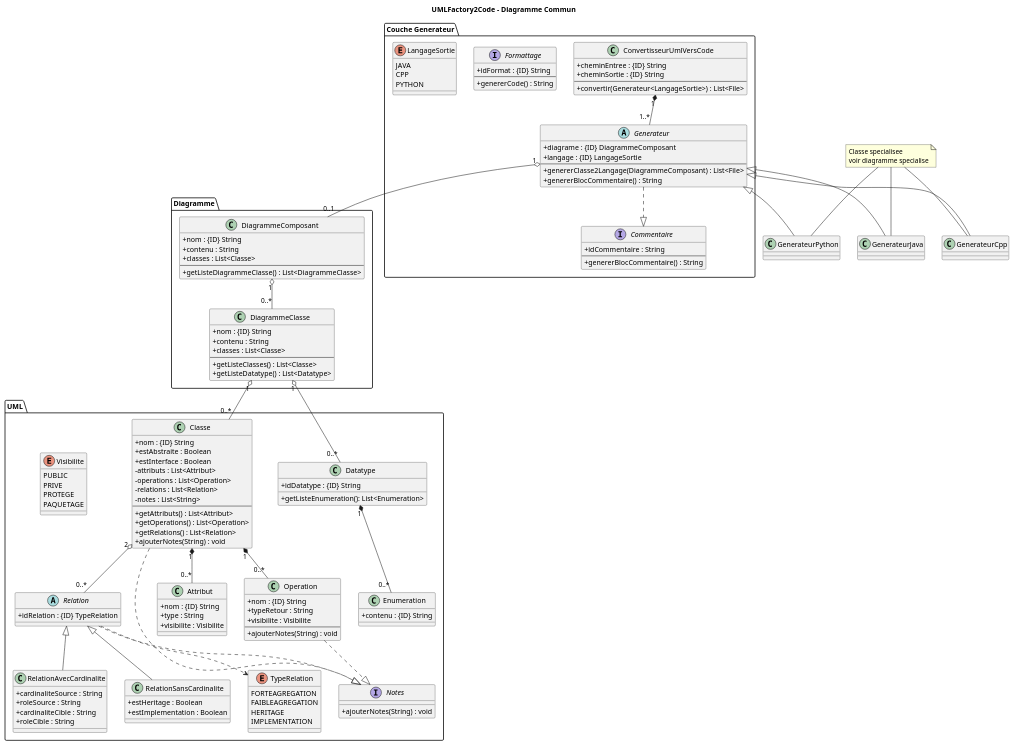
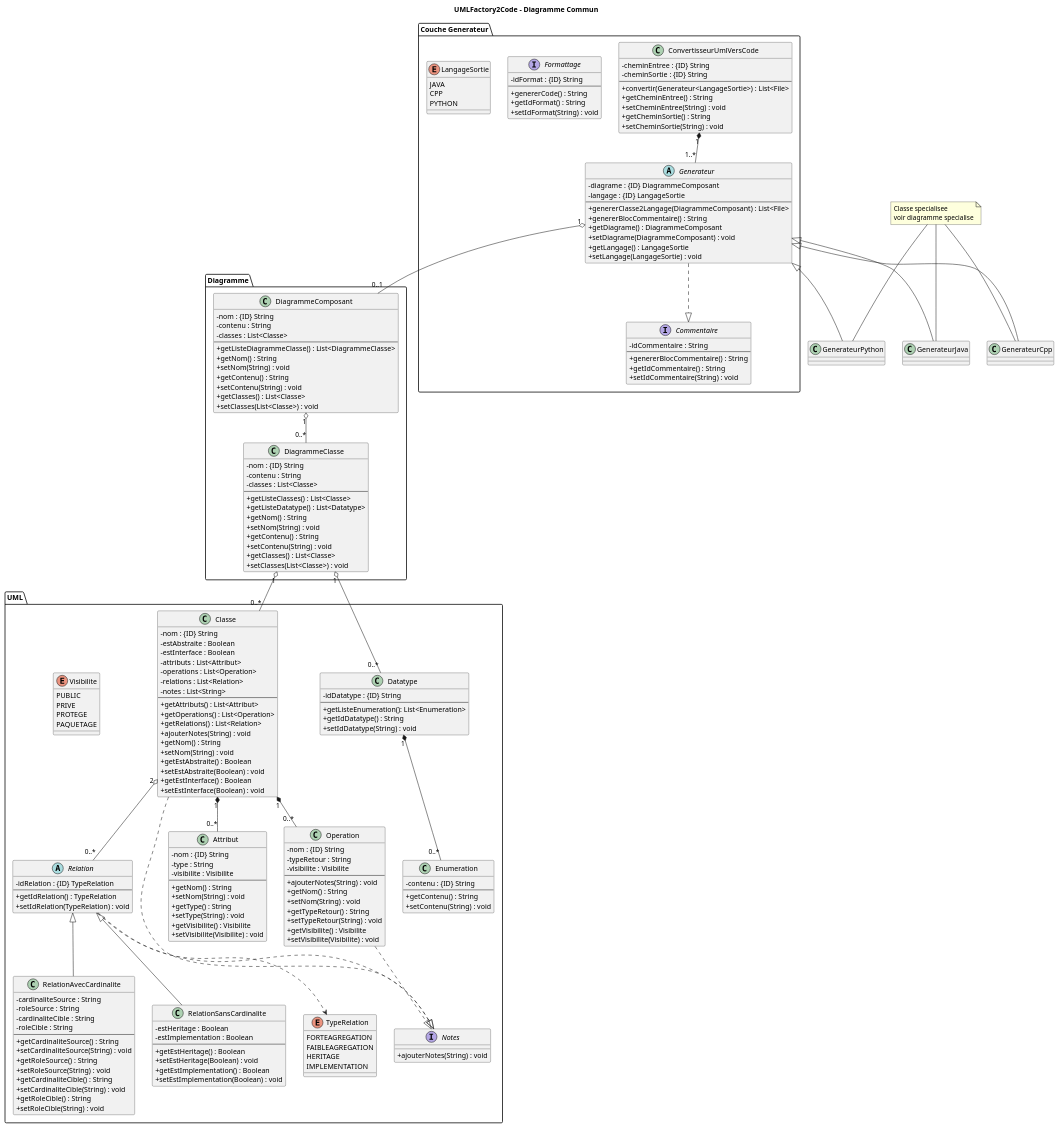
Before and after one commit to RasdaCorentin/PlantUML2Code: the diagram in doc/fichier_puml/diagramme_commun.puml, drawn with PlantUML. The commit also changed 4 other files, not shown here.

```diff
--- a/doc/fichier_puml/diagramme_commun.puml
+++ b/doc/fichier_puml/diagramme_commun.puml
@@ -5,25 +5,35 @@
 package "Couche Generateur" {
 
   class ConvertisseurUmlVersCode {
-    +cheminEntree : {ID} String
-    +cheminSortie : {ID} String
+    -cheminEntree : {ID} String
+    -cheminSortie : {ID} String
     ---
     +convertir(Generateur<LangageSortie>) : List<File>
+    +getCheminEntree() : String
+    +setCheminEntree(String) : void
+    +getCheminSortie() : String
+    +setCheminSortie(String) : void
   }
 
   abstract class Generateur {
-    +diagrame : {ID} DiagrammeComposant
-    +langage : {ID} LangageSortie
+    -diagrame : {ID} DiagrammeComposant
+    -langage : {ID} LangageSortie
     ---
     +genererClasse2Langage(DiagrammeComposant) : List<File>
     +genererBlocCommentaire() : String
+    +getDiagrame() : DiagrammeComposant
+    +setDiagrame(DiagrammeComposant) : void
+    +getLangage() : LangageSortie
+    +setLangage(LangageSortie) : void
   }
 
   ' --- Interface Formattage ---
   interface Formattage {
-    +idFormat : {ID} String
+    -idFormat : {ID} String
     ---
     +genererCode() : String
+    +getIdFormat() : String
+    +setIdFormat(String) : void
   }
 
   enum LangageSortie {
@@ -33,9 +43,11 @@
   }
 
   interface Commentaire {
-    +idCommentaire : String
+    -idCommentaire : String
     ---
     +genererBlocCommentaire() : String
+    +getIdCommentaire() : String
+    +setIdCommentaire(String) : void
   }
 
   Generateur ..|> Commentaire
@@ -44,27 +56,40 @@
 
 package "Diagramme"{
   class DiagrammeComposant{
-    +nom : {ID} String
-    +contenu : String
-    +classes : List<Classe>
+    -nom : {ID} String
+    -contenu : String
+    -classes : List<Classe>
     ---
     +getListeDiagrammeClasse() : List<DiagrammeClasse>
+    +getNom() : String
+    +setNom(String) : void
+    +getContenu() : String
+    +setContenu(String) : void
+    +getClasses() : List<Classe>
+    +setClasses(List<Classe>) : void
   }
+  
   class DiagrammeClasse {
-    +nom : {ID} String
-    +contenu : String
-    +classes : List<Classe>
+    -nom : {ID} String
+    -contenu : String
+    -classes : List<Classe>
     ---
     +getListeClasses() : List<Classe>
     +getListeDatatype() : List<Datatype>
+    +getNom() : String
+    +setNom(String) : void
+    +getContenu() : String
+    +setContenu(String) : void
+    +getClasses() : List<Classe>
+    +setClasses(List<Classe>) : void
   }
 }
 
 package "UML" {
   class "Classe" as UMLClasse {
-    +nom : {ID} String
-    +estAbstraite : Boolean
-    +estInterface : Boolean
+    -nom : {ID} String
+    -estAbstraite : Boolean
+    -estInterface : Boolean
     -attributs : List<Attribut>
     -operations : List<Operation>
     -relations : List<Relation>
@@ -74,45 +99,87 @@
     +getOperations() : List<Operation>
     +getRelations() : List<Relation>
     +ajouterNotes(String) : void
+    +getNom() : String
+    +setNom(String) : void
+    +getEstAbstraite() : Boolean
+    +setEstAbstraite(Boolean) : void
+    +getEstInterface() : Boolean
+    +setEstInterface(Boolean) : void
   }
 
   class Attribut {
-    +nom : {ID} String
-    +type : String
-    +visibilite : Visibilite
+    -nom : {ID} String
+    -type : String
+    -visibilite : Visibilite
+    ---
+    +getNom() : String
+    +setNom(String) : void
+    +getType() : String
+    +setType(String) : void
+    +getVisibilite() : Visibilite
+    +setVisibilite(Visibilite) : void
   }
 
   class Operation {
-    +nom : {ID} String
-    +typeRetour : String
-    +visibilite : Visibilite
+    -nom : {ID} String
+    -typeRetour : String
+    -visibilite : Visibilite
     ---
     +ajouterNotes(String) : void
+    +getNom() : String
+    +setNom(String) : void
+    +getTypeRetour() : String
+    +setTypeRetour(String) : void
+    +getVisibilite() : Visibilite
+    +setVisibilite(Visibilite) : void
   }
 
   abstract class Relation {
-    +idRelation : {ID} TypeRelation
+    -idRelation : {ID} TypeRelation
+    ---
+    +getIdRelation() : TypeRelation
+    +setIdRelation(TypeRelation) : void
   }
 
   class RelationAvecCardinalite {
-    +cardinaliteSource : String
-    +roleSource : String
-    +cardinaliteCible : String
-    +roleCible : String
+    -cardinaliteSource : String
+    -roleSource : String
+    -cardinaliteCible : String
+    -roleCible : String
+    ---
+    +getCardinaliteSource() : String
+    +setCardinaliteSource(String) : void
+    +getRoleSource() : String
+    +setRoleSource(String) : void
+    +getCardinaliteCible() : String
+    +setCardinaliteCible(String) : void
+    +getRoleCible() : String
+    +setRoleCible(String) : void
   }
 
   class RelationSansCardinalite {
-    +estHeritage : Boolean
-    +estImplementation : Boolean
+    -estHeritage : Boolean
+    -estImplementation : Boolean
+    ---
+    +getEstHeritage() : Boolean
+    +setEstHeritage(Boolean) : void
+    +getEstImplementation() : Boolean
+    +setEstImplementation(Boolean) : void
   }
 
   class Datatype{
-   +idDatatype : {ID} String
+   -idDatatype : {ID} String
+   ---
    +getListeEnumeration(): List<Enumeration>
+   +getIdDatatype() : String
+   +setIdDatatype(String) : void
   }
 
   class Enumeration{
-     +contenu : {ID} String
+     -contenu : {ID} String
+     ---
+     +getContenu() : String
+     +setContenu(String) : void
   }
 
   enum Visibilite {
```
